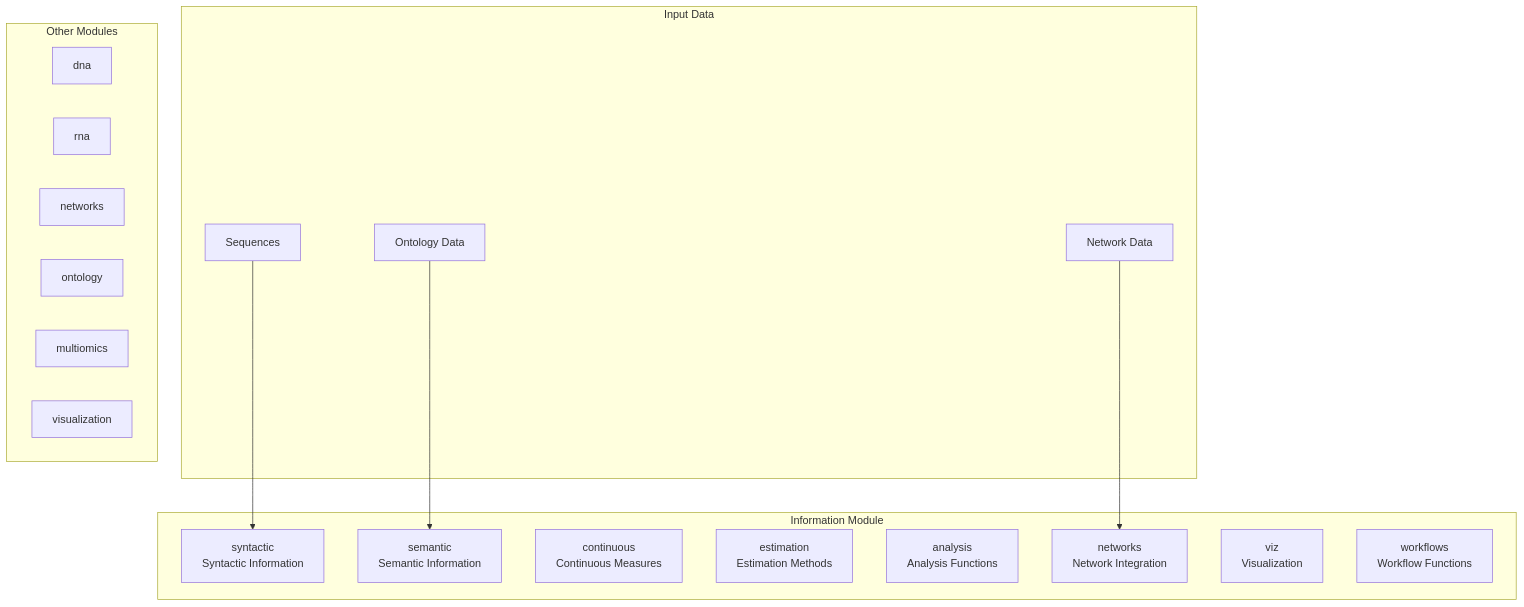
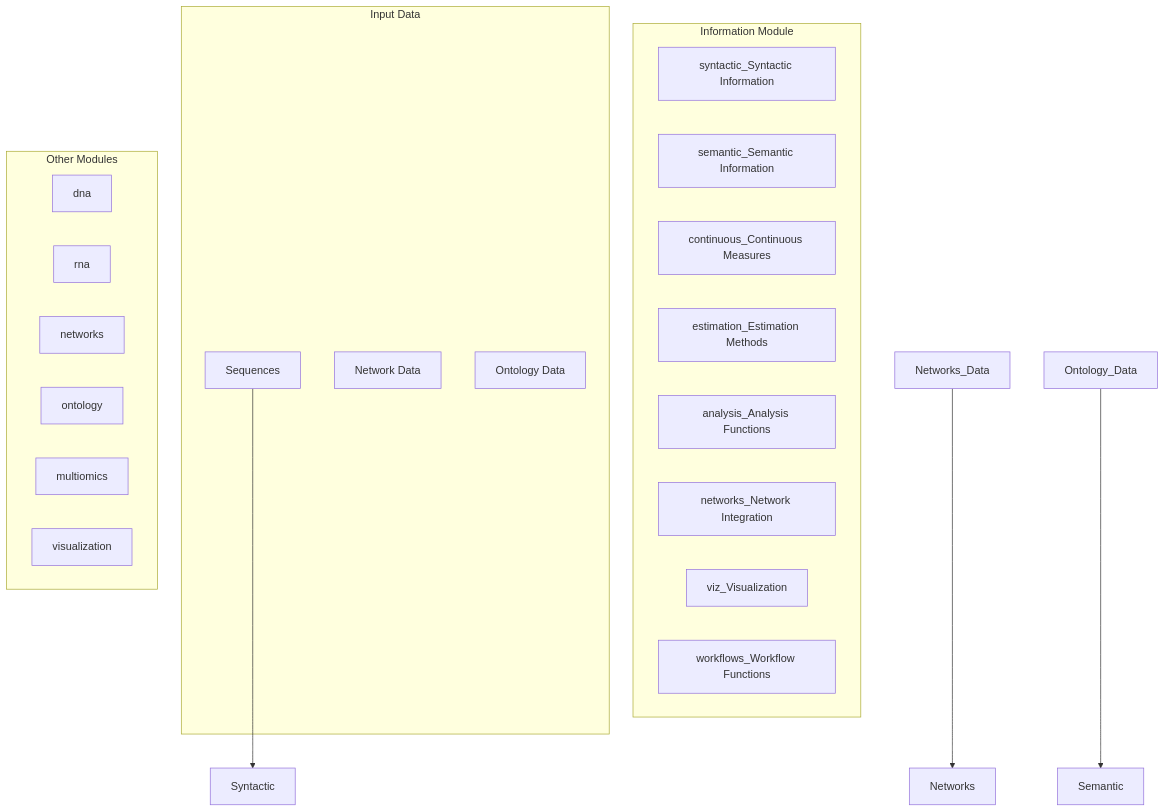
One commit to docxology/MetaInformAnt changed the first of 5 diagrams in src/metainformant/information/README.md. Above: the diagram before and after it, drawn with Mermaid. The commit also changed other lines of this file and 611 other files, not shown here.

````diff
--- a/src/metainformant/information/README.md
+++ b/src/metainformant/information/README.md
@@ -20,32 +20,32 @@
 ```mermaid
 graph TB
     subgraph "Information Module"
-        Syntactic[syntactic<br/>Syntactic Information]
-        Semantic[semantic<br/>Semantic Information]
-        Continuous[continuous<br/>Continuous Measures]
-        Estimation[estimation<br/>Estimation Methods]
-        Analysis[analysis<br/>Analysis Functions]
-        Networks[networks<br/>Network Integration]
-        Visualization[viz<br/>Visualization]
-        Workflows[workflows<br/>Workflow Functions]
+        SyntacticsyntacticSyntacticInformation[syntactic_Syntactic Information]
+        SemanticsemanticSemanticInformation[semantic_Semantic Information]
+        ContinuouscontinuousContinuousMeasures[continuous_Continuous Measures]
+        EstimationestimationEstimationMethods[estimation_Estimation Methods]
+        AnalysisanalysisAnalysisFunctions[analysis_Analysis Functions]
+        NetworksnetworksNetworkIntegration[networks_Network Integration]
+        VisualizationvizVisualization[viz_Visualization]
+        WorkflowsworkflowsWorkflowFunctions[workflows_Workflow Functions]
     end
     
     subgraph "Input Data"
         Sequences[Sequences]
-        Networks_Data[Network Data]
-        Ontology_Data[Ontology Data]
+        networkDatanetworkData[Network Data]
+        ontologyDataontologyData[Ontology Data]
     end
     
     subgraph "Other Modules"
-        DNA_Mod[dna]
-        RNA_Mod[rna]
-        Networks_Mod[networks]
-        Ontology_Mod[ontology]
+        dna[dna]
+        rna[rna]
+        networks[networks]
+        ontology[ontology]
         MultiOmics[multiomics]
-        Viz_Mod[visualization]
+        visualization[visualization]
     end
     
     Sequences --> Syntactic
     Networks_Data --> Networks
     Ontology_Data --> Semantic
 ```
````
